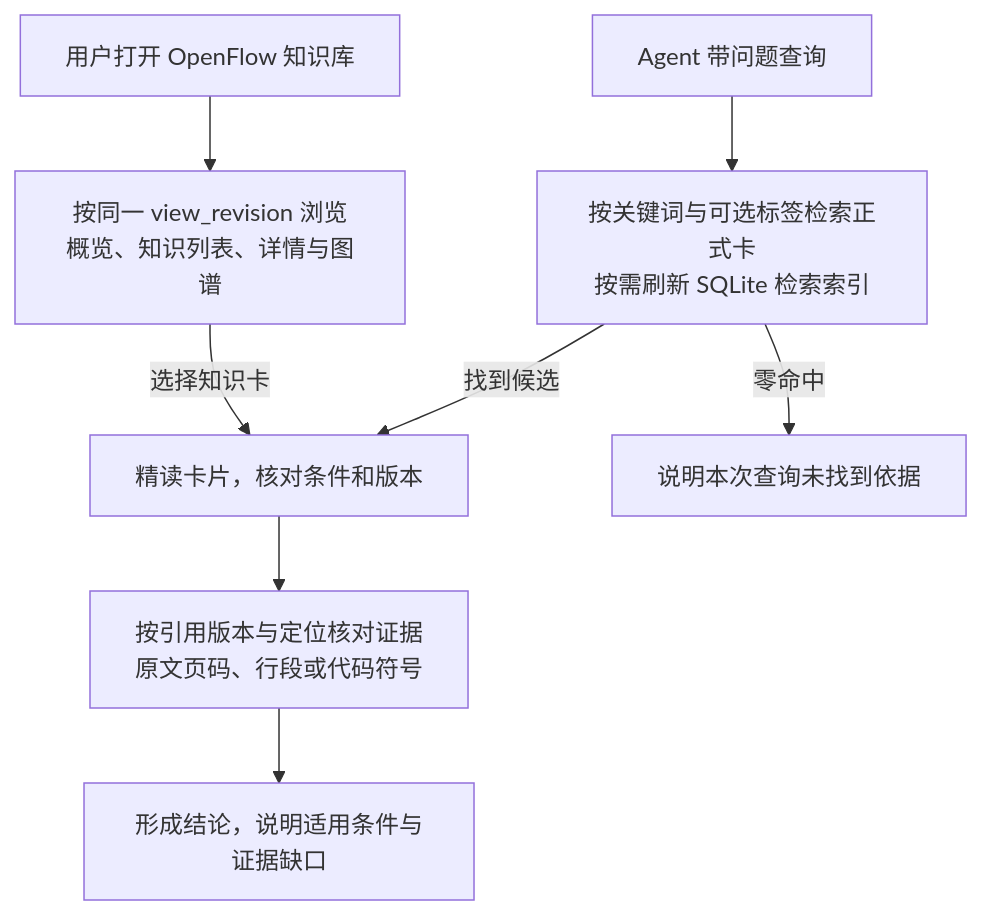
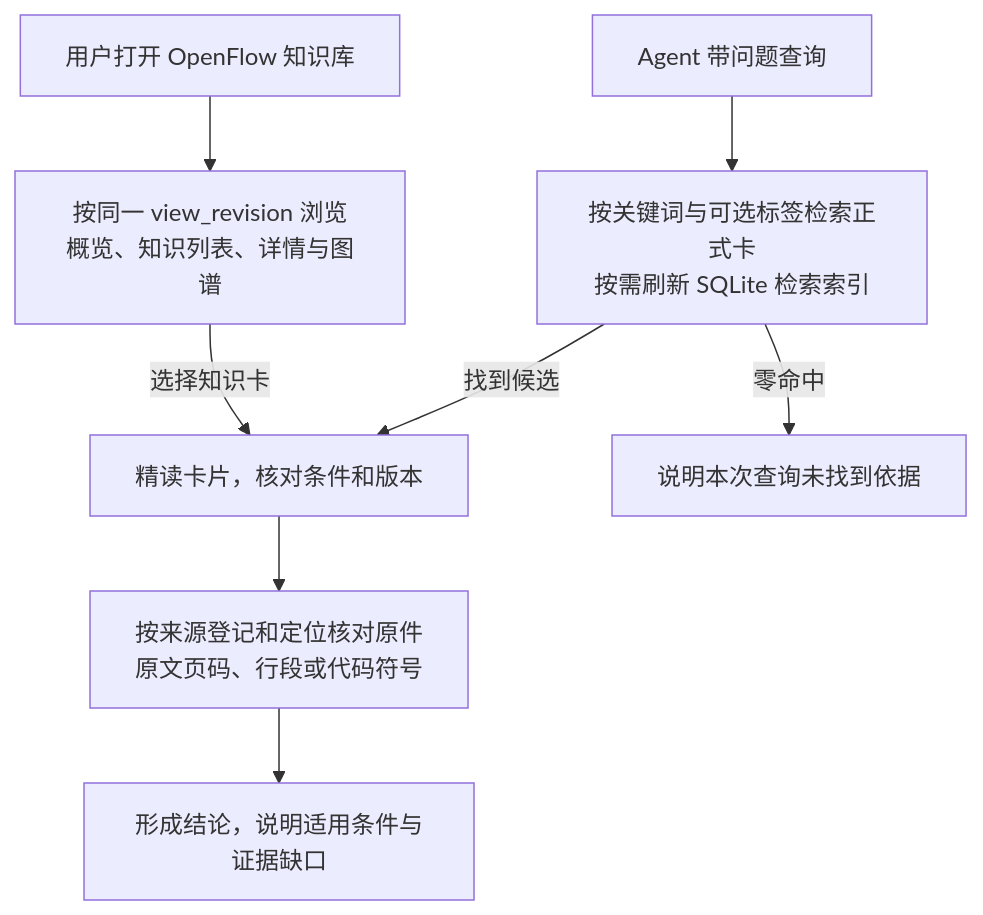
The second of 3 diagrams in himate/himate-knowledge-wifi-mp/docs-llm-wiki/HiMate知识库架构设计.md (Robin-hhc/FactumCore), drawn with Mermaid before and after one commit. The commit also changed other lines of this file and 19 other files, not shown here.

````diff
--- a/himate/himate-knowledge-wifi-mp/docs-llm-wiki/HiMate知识库架构设计.md
+++ b/himate/himate-knowledge-wifi-mp/docs-llm-wiki/HiMate知识库架构设计.md
@@ -86,10 +86,10 @@
 ```mermaid
 flowchart TD
     A["Agent 带问题查询"] --> S["按关键词与可选标签检索正式卡<br/>按需刷新 SQLite 检索索引"]
     S -->|找到候选| R["精读卡片，核对条件和版本"]
     S -->|零命中| N["说明本次查询未找到依据"]
     B["用户打开 OpenFlow 知识库"] --> V["按同一 view_revision 浏览<br/>概览、知识列表、详情与图谱"]
     V -->|选择知识卡| R
-    R --> C["按引用版本与定位核对证据<br/>原文页码、行段或代码符号"]
+    R --> C["按来源登记和定位核对原件<br/>原文页码、行段或代码符号"]
     C --> F["形成结论，说明适用条件与证据缺口"]
 ```
````
